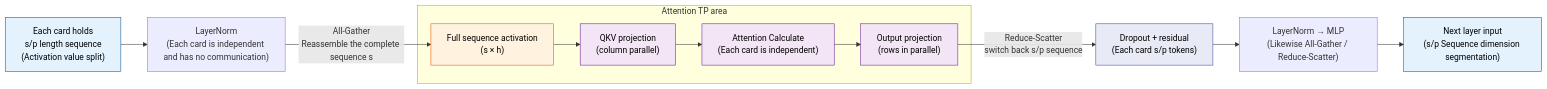
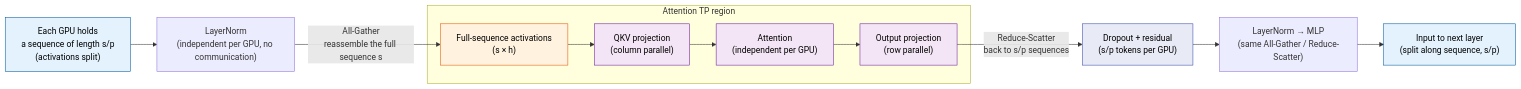
Before and after one commit to TingdeLiu/tingdeliu.github.io: diagram 13 of 29 in _translations/en/research/LLM-Training-Survey.md, drawn with Mermaid. The commit also changed other lines of this file and 2 other files, not shown here.

First line of the commit message:
docs(llm-survey): polish English edition and add evolution timeline

````diff
--- a/_translations/en/research/LLM-Training-Survey.md
+++ b/_translations/en/research/LLM-Training-Survey.md
@@ -2625,23 +2643,23 @@
 ```mermaid
 flowchart LR
-    IN["Each card holds<br>s/p length sequence<br>(Activation value split)"]
+    IN["Each GPU holds<br>a sequence of length s/p<br>(activations split)"]
 
-    IN --> LN["LayerNorm<br>(Each card is independent and has no communication)"]
-    LN -->|"All-Gather<br>Reassemble the complete sequence s"| FULL["Full sequence activation<br>(s × h)"]
+    IN --> LN["LayerNorm<br>(independent per GPU, no communication)"]
+    LN -->|"All-Gather<br>reassemble the full sequence s"| FULL["Full-sequence activations<br>(s × h)"]
 
-    subgraph TPATTN ["Attention TP area"]
-        FULL --> QKV["QKV projection<br>(column parallel)"] --> ATTN["Attention Calculate<br>(Each card is independent)"] --> OPRJ["Output projection<br>(rows in parallel)"]
+    subgraph TPATTN ["Attention TP region"]
+        FULL --> QKV["QKV projection<br>(column parallel)"] --> ATTN["Attention<br>(independent per GPU)"] --> OPRJ["Output projection<br>(row parallel)"]
     end
 
-    OPRJ -->|"Reduce-Scatter<br>switch back s/p sequence"| DROP["Dropout + residual<br>(Each card s/p tokens)"]
-    DROP --> LN2["LayerNorm → MLP<br>(Likewise All-Gather / Reduce-Scatter)"]
-    LN2 --> OUT["Next layer input<br>(s/p Sequence dimension segmentation)"]
+    OPRJ -->|"Reduce-Scatter<br>back to s/p sequences"| DROP["Dropout + residual<br>(s/p tokens per GPU)"]
+    DROP --> LN2["LayerNorm → MLP<br>(same All-Gather / Reduce-Scatter)"]
+    LN2 --> OUT["Input to next layer<br>(split along sequence, s/p)"]
 
     style IN fill:#e3f2fd,stroke:#01579b,color:#000
     style FULL fill:#fff3e0,stroke:#e65100,color:#000
     style QKV fill:#f3e5f5,stroke:#6a1b9a,color:#000
     style ATTN fill:#f3e5f5,stroke:#6a1b9a,color:#000
     style OPRJ fill:#f3e5f5,stroke:#6a1b9a,color:#000
     style DROP fill:#e8eaf6,stroke:#3949ab,color:#000
     style OUT fill:#e3f2fd,stroke:#01579b,color:#000
 ```
````
